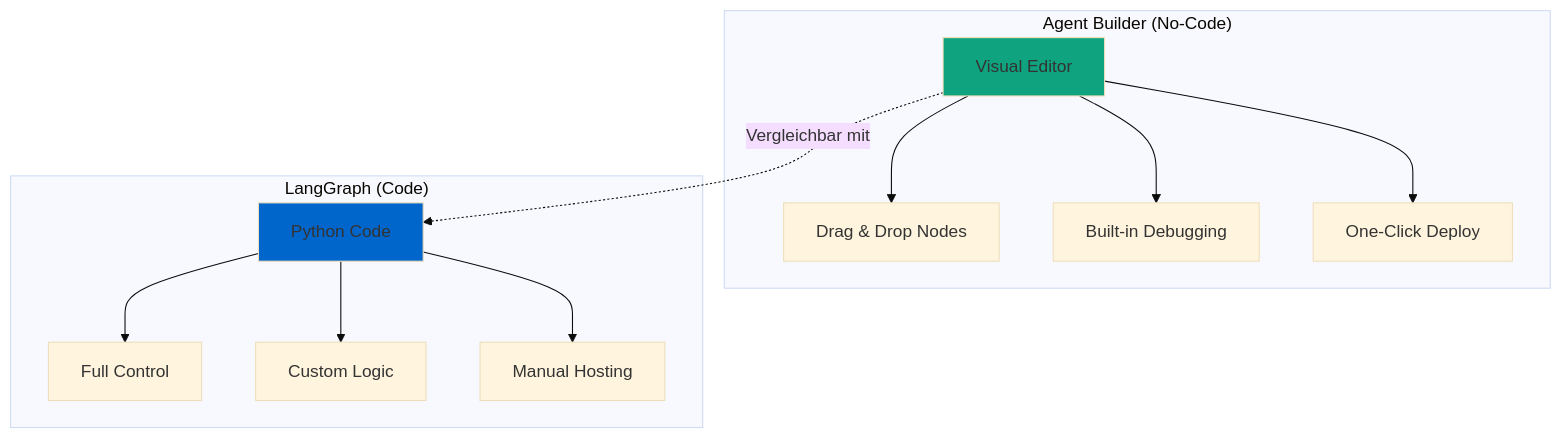
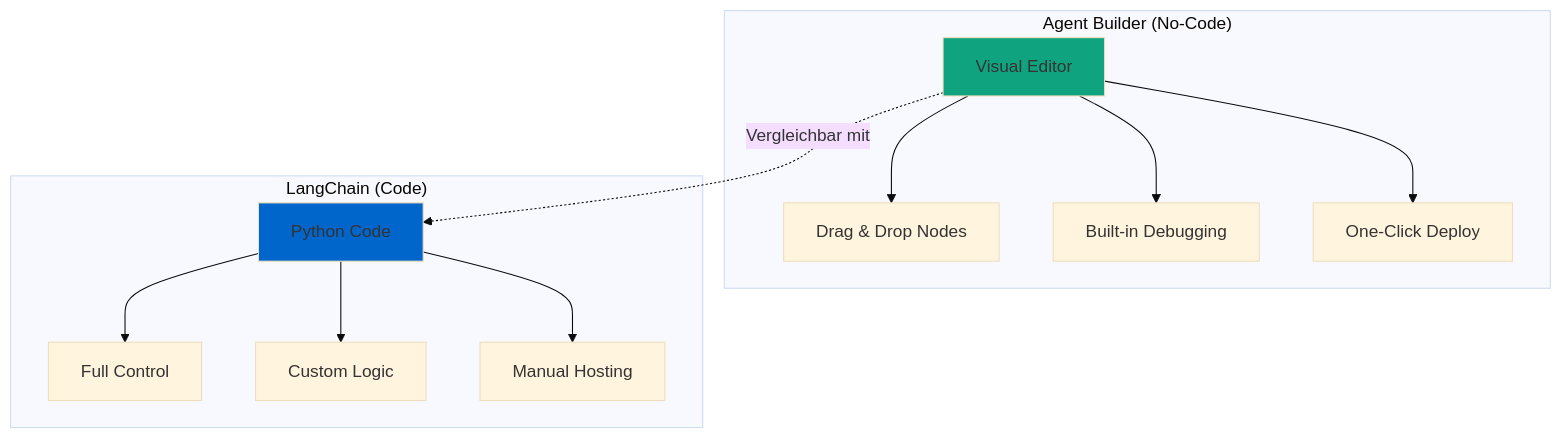
The second of 23 diagrams in docs/frameworks/Einsteiger_Agent_Builder.md (ralf-42/GenAI), drawn with Mermaid (base theme) before and after one commit. The commit also changed other lines of this file and 26 other files, not shown here.

````diff
--- a/docs/frameworks/Einsteiger_Agent_Builder.md
+++ b/docs/frameworks/Einsteiger_Agent_Builder.md
@@ -62,19 +62,19 @@
 ```mermaid
 graph TB
     subgraph "Agent Builder (No-Code)"
         AB[Visual Editor] --> AB1[Drag & Drop Nodes]
         AB --> AB2[Built-in Debugging]
         AB --> AB3[One-Click Deploy]
     end
 
-    subgraph "LangGraph (Code)"
-        LG[Python Code] --> LG1[Full Control]
-        LG --> LG2[Custom Logic]
-        LG --> LG3[Manual Hosting]
+    subgraph "LangChain (Code)"
+        LC[Python Code] --> LC1[Full Control]
+        LC --> LC2[Custom Logic]
+        LC --> LC3[Manual Hosting]
     end
 
-    AB -.Vergleichbar mit.-> LG
+    AB -.Vergleichbar mit.-> LC
 
     style AB fill:#10a37f
-    style LG fill:#0066cc
+    style LC fill:#0066cc
 ```
````
